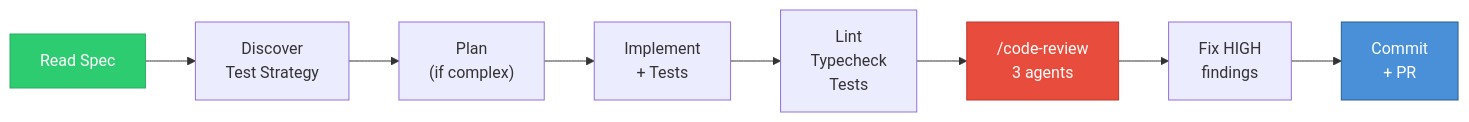
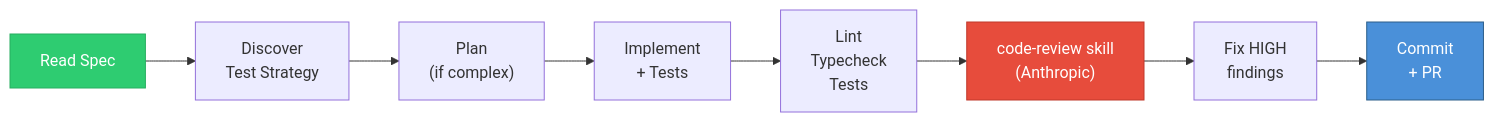
Before and after one commit to 0xrafasec/ai-workflow: the third of 7 diagrams in docs/spec-driven-development.md, drawn with Mermaid. The commit also changed other lines of this file and 41 other files, not shown here.

First line of the commit message:
refactor(code-review): deprecate custom skill in favor of Anthropic's code-review

````diff
--- a/docs/spec-driven-development.md
+++ b/docs/spec-driven-development.md
@@ -99,14 +99,14 @@
 ```mermaid
 flowchart LR
     SPEC["Read Spec"] --> TEST_STRATEGY["Discover<br/>Test Strategy"]
     TEST_STRATEGY --> PLAN["Plan<br/>(if complex)"]
     PLAN --> IMPL["Implement<br/>+ Tests"]
     IMPL --> QUALITY["Lint<br/>Typecheck<br/>Tests"]
-    QUALITY --> REVIEW["/code-review<br/>3 agents"]
+    QUALITY --> REVIEW["code-review skill<br/>(Anthropic)"]
     REVIEW --> FIX["Fix HIGH<br/>findings"]
     FIX --> COMMIT["Commit<br/>+ PR"]
 
     style SPEC fill:#2ecc71,stroke:#27ae60,color:#fff
     style REVIEW fill:#e74c3c,stroke:#c0392b,color:#fff
     style COMMIT fill:#4a90d9,stroke:#2c5f8a,color:#fff
 ```
````
